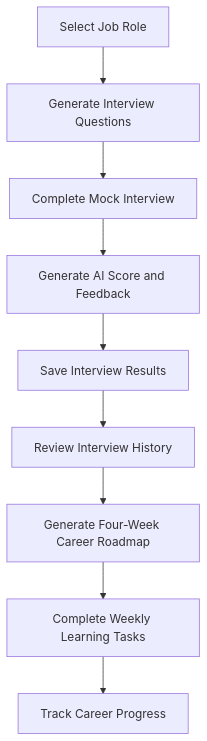
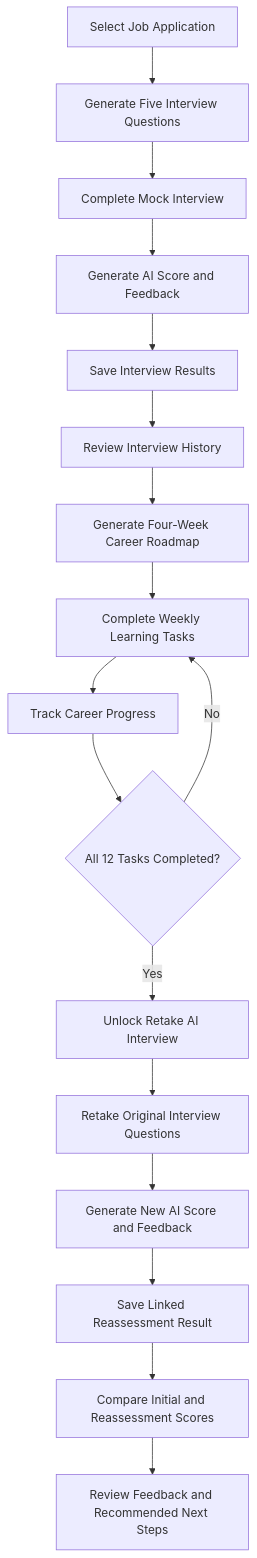
Before and after one commit to Tharaka234/careerwise-ai: the third of 3 diagrams in README.md, drawn with Mermaid. The commit also changed other lines of this file, not shown here.

````diff
--- a/README.md
+++ b/README.md
@@ -218,11 +266,19 @@
 ```mermaid
 flowchart TD
-    A[Select Job Role] --> B[Generate Interview Questions]
+    A[Select Job Application] --> B[Generate Five Interview Questions]
     B --> C[Complete Mock Interview]
     C --> D[Generate AI Score and Feedback]
     D --> E[Save Interview Results]
     E --> F[Review Interview History]
     F --> G[Generate Four-Week Career Roadmap]
     G --> H[Complete Weekly Learning Tasks]
     H --> I[Track Career Progress]
+    I --> J{All 12 Tasks Completed?}
+    J -->|No| H
+    J -->|Yes| K[Unlock Retake AI Interview]
+    K --> L[Retake Original Interview Questions]
+    L --> M[Generate New AI Score and Feedback]
+    M --> N[Save Linked Reassessment Result]
+    N --> O[Compare Initial and Reassessment Scores]
+    O --> P[Review Feedback and Recommended Next Steps]
 ```
````
